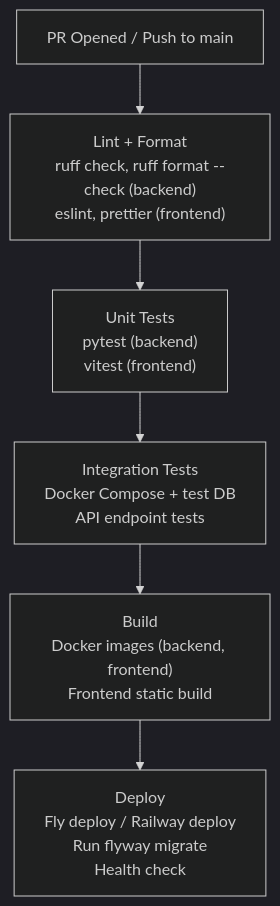
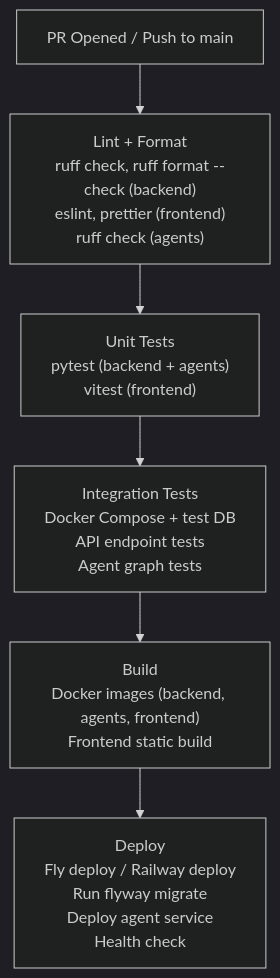
One commit to bhanu-singh/rcbl-ntfr changed diagram 14 of 16 in docs/architecture.md. Above: the diagram before and after it, drawn with Mermaid (dark theme). The commit also changed other lines of this file and 1 other file, not shown here.

````diff
--- a/docs/architecture.md
+++ b/docs/architecture.md
@@ -1207,8 +1320,8 @@
 ```mermaid
 graph TD
-    A["PR Opened / Push to main"] --> B["Lint + Format<br/>ruff check, ruff format --check (backend)<br/>eslint, prettier (frontend)"]
-    B --> C["Unit Tests<br/>pytest (backend)<br/>vitest (frontend)"]
-    C --> D["Integration Tests<br/>Docker Compose + test DB<br/>API endpoint tests"]
-    D --> E["Build<br/>Docker images (backend, frontend)<br/>Frontend static build"]
-    E --> F["Deploy<br/>Fly deploy / Railway deploy<br/>Run flyway migrate<br/>Health check"]
+    A["PR Opened / Push to main"] --> B["Lint + Format<br/>ruff check, ruff format --check (backend)<br/>eslint, prettier (frontend)<br/>ruff check (agents)"]
+    B --> C["Unit Tests<br/>pytest (backend + agents)<br/>vitest (frontend)"]
+    C --> D["Integration Tests<br/>Docker Compose + test DB<br/>API endpoint tests<br/>Agent graph tests"]
+    D --> E["Build<br/>Docker images (backend, agents, frontend)<br/>Frontend static build"]
+    E --> F["Deploy<br/>Fly deploy / Railway deploy<br/>Run flyway migrate<br/>Deploy agent service<br/>Health check"]
 ```
````
